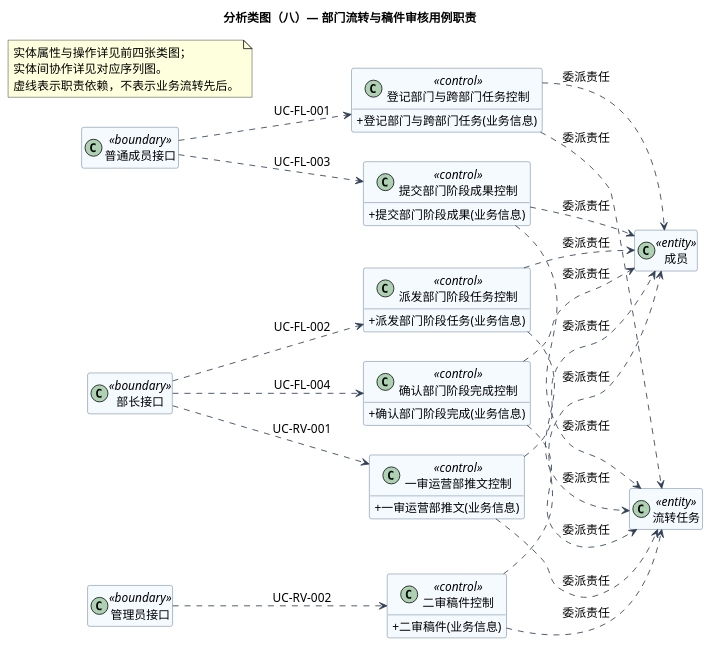
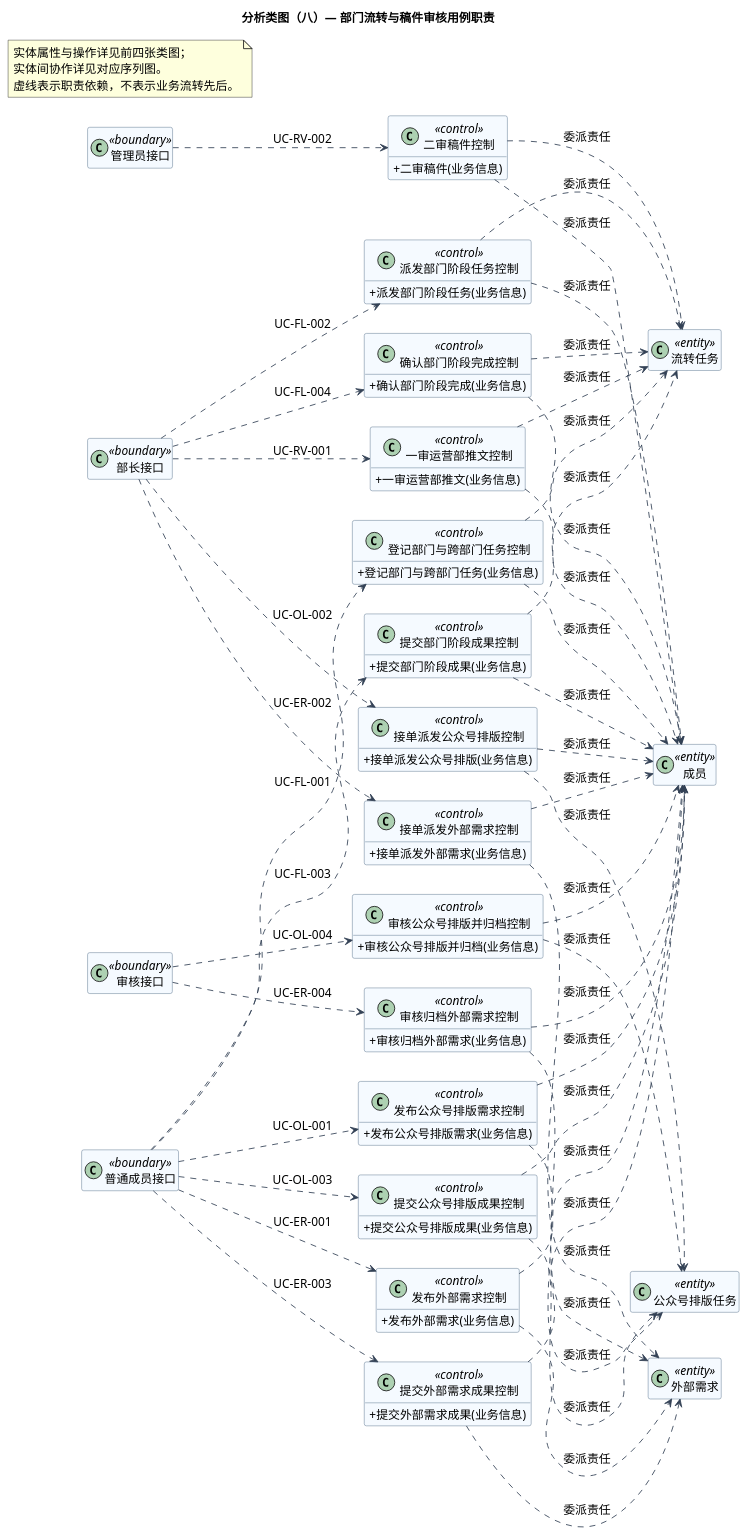
Before and after one commit to tccc1csu/miniprogram-csu: the diagram in docs/diagrams/analysis/class-controls-workflow.puml, drawn with PlantUML. The commit also changed 133 other files, not shown here.

First line of the commit message:
docs: 重建课程分析文档与流程图，补齐外部需求/排版流程

```diff
--- a/docs/diagrams/analysis/class-controls-workflow.puml
+++ b/docs/diagrams/analysis/class-controls-workflow.puml
@@ -1,57 +1,108 @@
 @startuml
 title 分析类图（八）— 部门流转与稿件审核用例职责
 skinparam defaultFontName Microsoft YaHei
 skinparam defaultFontSize 14
 skinparam shadowing false
 skinparam backgroundColor white
 skinparam classAttributeIconSize 0
 skinparam classBackgroundColor #F5FAFF
 skinparam classBorderColor #46637F
 skinparam ArrowColor #334155
 skinparam nodesep 35
 skinparam ranksep 45
 left to right direction
 hide empty members
 class "登记部门与跨部门任务控制" as CUCFL001 <<control>> {
   + 登记部门与跨部门任务(业务信息)
 }
 class "派发部门阶段任务控制" as CUCFL002 <<control>> {
   + 派发部门阶段任务(业务信息)
 }
 class "提交部门阶段成果控制" as CUCFL003 <<control>> {
   + 提交部门阶段成果(业务信息)
 }
 class "确认部门阶段完成控制" as CUCFL004 <<control>> {
   + 确认部门阶段完成(业务信息)
 }
 class "一审运营部推文控制" as CUCRV001 <<control>> {
   + 一审运营部推文(业务信息)
 }
 class "二审稿件控制" as CUCRV002 <<control>> {
   + 二审稿件(业务信息)
 }
+class "发布外部需求控制" as CUCER001 <<control>> {
+  + 发布外部需求(业务信息)
+}
+class "接单派发外部需求控制" as CUCER002 <<control>> {
+  + 接单派发外部需求(业务信息)
+}
+class "提交外部需求成果控制" as CUCER003 <<control>> {
+  + 提交外部需求成果(业务信息)
+}
+class "审核归档外部需求控制" as CUCER004 <<control>> {
+  + 审核归档外部需求(业务信息)
+}
+class "发布公众号排版需求控制" as CUCOL001 <<control>> {
+  + 发布公众号排版需求(业务信息)
+}
+class "接单派发公众号排版控制" as CUCOL002 <<control>> {
+  + 接单派发公众号排版(业务信息)
+}
+class "提交公众号排版成果控制" as CUCOL003 <<control>> {
+  + 提交公众号排版成果(业务信息)
+}
+class "审核公众号排版并归档控制" as CUCOL004 <<control>> {
+  + 审核公众号排版并归档(业务信息)
+}
 class "普通成员接口" as B0 <<boundary>>
 class "部长接口" as B1 <<boundary>>
 class "管理员接口" as B2 <<boundary>>
+class "审核接口" as B3 <<boundary>>
+class "公众号排版任务" as E16 <<entity>>
+class "外部需求" as E15 <<entity>>
 class "成员" as E0 <<entity>>
 class "流转任务" as E13 <<entity>>
 B0 ..> CUCFL001 : UC-FL-001
 CUCFL001 ..> E13 : 委派责任
 CUCFL001 ..> E0 : 委派责任
 B1 ..> CUCFL002 : UC-FL-002
 CUCFL002 ..> E13 : 委派责任
 CUCFL002 ..> E0 : 委派责任
 B0 ..> CUCFL003 : UC-FL-003
 CUCFL003 ..> E13 : 委派责任
 CUCFL003 ..> E0 : 委派责任
 B1 ..> CUCFL004 : UC-FL-004
 CUCFL004 ..> E13 : 委派责任
 CUCFL004 ..> E0 : 委派责任
 B1 ..> CUCRV001 : UC-RV-001
 CUCRV001 ..> E13 : 委派责任
 CUCRV001 ..> E0 : 委派责任
 B2 ..> CUCRV002 : UC-RV-002
 CUCRV002 ..> E13 : 委派责任
 CUCRV002 ..> E0 : 委派责任
+B0 ..> CUCER001 : UC-ER-001
+CUCER001 ..> E15 : 委派责任
+CUCER001 ..> E0 : 委派责任
+B1 ..> CUCER002 : UC-ER-002
+CUCER002 ..> E15 : 委派责任
+CUCER002 ..> E0 : 委派责任
+B0 ..> CUCER003 : UC-ER-003
+CUCER003 ..> E15 : 委派责任
+CUCER003 ..> E0 : 委派责任
+B3 ..> CUCER004 : UC-ER-004
+CUCER004 ..> E15 : 委派责任
+CUCER004 ..> E0 : 委派责任
+B0 ..> CUCOL001 : UC-OL-001
+CUCOL001 ..> E16 : 委派责任
+CUCOL001 ..> E0 : 委派责任
+B1 ..> CUCOL002 : UC-OL-002
+CUCOL002 ..> E16 : 委派责任
+CUCOL002 ..> E0 : 委派责任
+B0 ..> CUCOL003 : UC-OL-003
+CUCOL003 ..> E16 : 委派责任
+CUCOL003 ..> E0 : 委派责任
+B3 ..> CUCOL004 : UC-OL-004
+CUCOL004 ..> E16 : 委派责任
+CUCOL004 ..> E0 : 委派责任
 note "实体属性与操作详见前四张类图；\n实体间协作详见对应序列图。\n虚线表示职责依赖，不表示业务流转先后。" as Guidance
 @enduml
```
